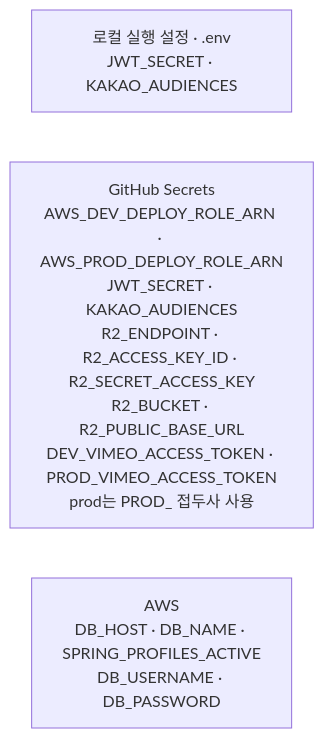
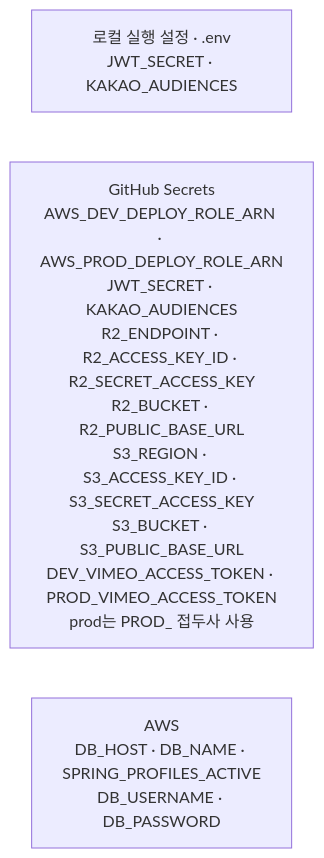
Before and after one commit to DaeSaBu/meongcoach-BE: the diagram in docs/ci-cd.md, drawn with Mermaid. The commit also changed other lines of this file and 3 other files, not shown here.

````diff
--- a/docs/ci-cd.md
+++ b/docs/ci-cd.md
@@ -47,6 +47,6 @@
 ```mermaid
 flowchart LR
     Local["로컬 실행 설정 · .env<br/>JWT_SECRET · KAKAO_AUDIENCES"]
-    GitHub["GitHub Secrets<br/>AWS_DEV_DEPLOY_ROLE_ARN · AWS_PROD_DEPLOY_ROLE_ARN<br/>JWT_SECRET · KAKAO_AUDIENCES<br/>R2_ENDPOINT · R2_ACCESS_KEY_ID · R2_SECRET_ACCESS_KEY<br/>R2_BUCKET · R2_PUBLIC_BASE_URL<br/>DEV_VIMEO_ACCESS_TOKEN · PROD_VIMEO_ACCESS_TOKEN<br/>prod는 PROD_ 접두사 사용"]
+    GitHub["GitHub Secrets<br/>AWS_DEV_DEPLOY_ROLE_ARN · AWS_PROD_DEPLOY_ROLE_ARN<br/>JWT_SECRET · KAKAO_AUDIENCES<br/>R2_ENDPOINT · R2_ACCESS_KEY_ID · R2_SECRET_ACCESS_KEY<br/>R2_BUCKET · R2_PUBLIC_BASE_URL<br/>S3_REGION · S3_ACCESS_KEY_ID · S3_SECRET_ACCESS_KEY<br/>S3_BUCKET · S3_PUBLIC_BASE_URL<br/>DEV_VIMEO_ACCESS_TOKEN · PROD_VIMEO_ACCESS_TOKEN<br/>prod는 PROD_ 접두사 사용"]
     AWS["AWS<br/>DB_HOST · DB_NAME · SPRING_PROFILES_ACTIVE<br/>DB_USERNAME · DB_PASSWORD"]
 ```
````
